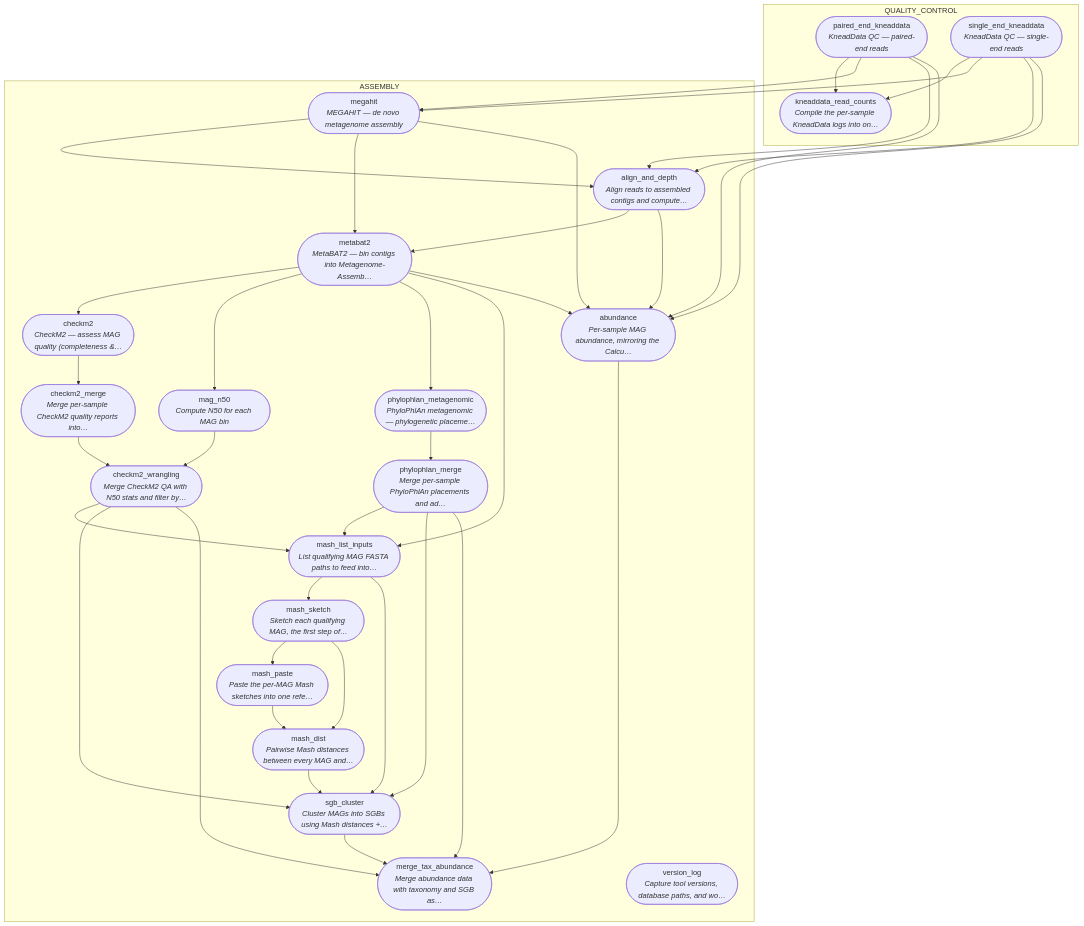
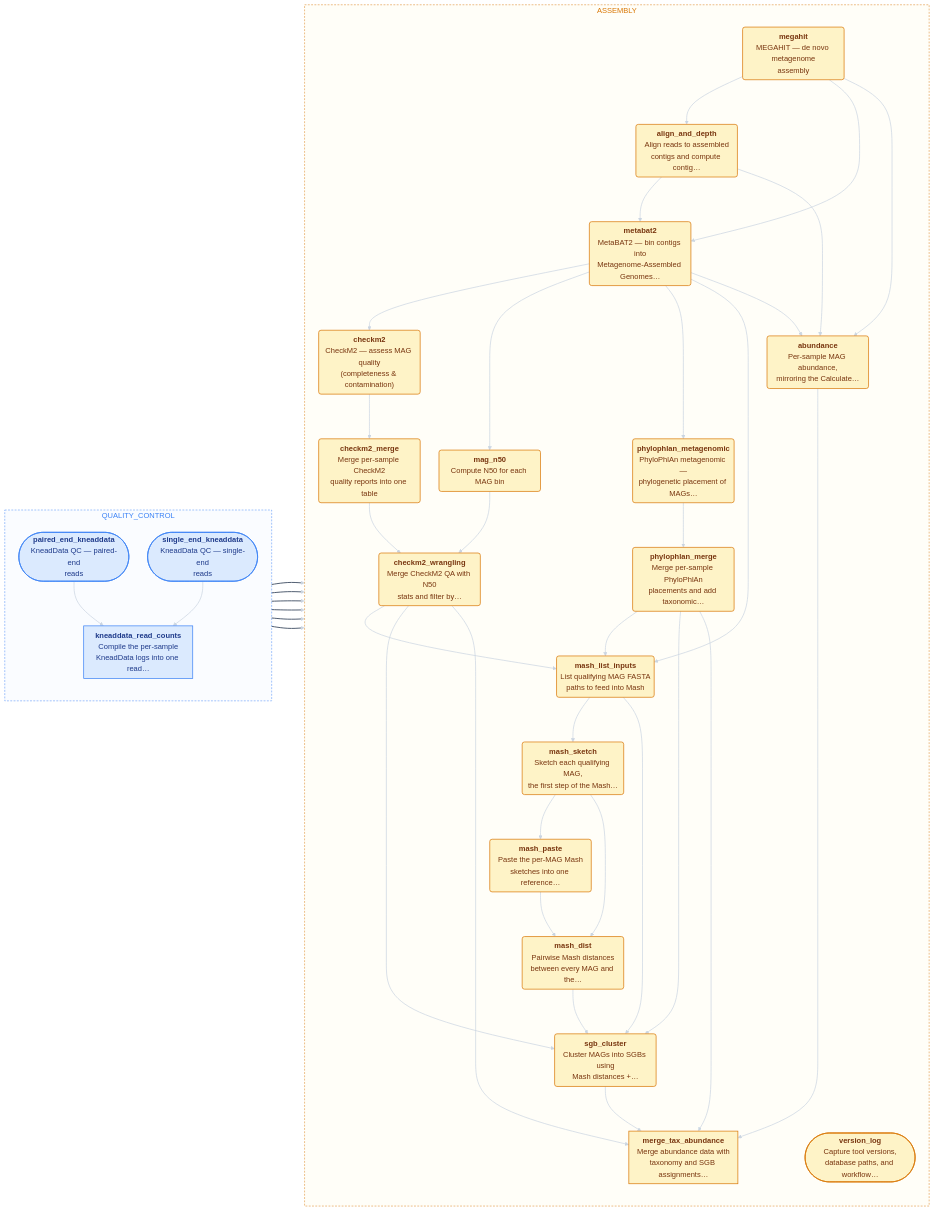
The diagram in docs/diagrams/assembly.mmd (biobakery/biobakery-nextflow), drawn with Mermaid before and after one commit. The commit also changed 10 other files, not shown here.

```diff
--- a/docs/diagrams/assembly.mmd
+++ b/docs/diagrams/assembly.mmd
@@ -1,62 +1,77 @@
-flowchart TB
+%%{init: {"flowchart": {"curve": "basis", "nodeSpacing": 40,
+                        "rankSpacing": 70, "padding": 8}}}%%
+flowchart LR
     subgraph QUALITY_CONTROL
-        v8(["paired_end_kneaddata<br/><i>KneadData QC — paired-end reads</i>"])
-        v11(["single_end_kneaddata<br/><i>KneadData QC — single-end reads</i>"])
-        v20(["kneaddata_read_counts<br/><i>Compile the per-sample KneadData logs into on…</i>"])
+        direction TB
+        paired_end_kneaddata(["<b>paired_end_kneaddata</b><br/>KneadData QC — paired-end<br/>reads"])
+        single_end_kneaddata(["<b>single_end_kneaddata</b><br/>KneadData QC — single-end<br/>reads"])
+        kneaddata_read_counts["<b>kneaddata_read_counts</b><br/>Compile the per-sample<br/>KneadData logs into one read…"]
     end
     subgraph ASSEMBLY
-        v30(["megahit<br/><i>MEGAHIT — de novo metagenome assembly</i>"])
-        v34(["align_and_depth<br/><i>Align reads to assembled contigs and compute…</i>"])
-        v38(["metabat2<br/><i>MetaBAT2 — bin contigs into Metagenome-Assemb…</i>"])
-        v40(["checkm2<br/><i>CheckM2 — assess MAG quality (completeness &…</i>"])
-        v43(["mag_n50<br/><i>Compute N50 for each MAG bin</i>"])
-        v46(["checkm2_merge<br/><i>Merge per-sample CheckM2 quality reports into…</i>"])
-        v47(["checkm2_wrangling<br/><i>Merge CheckM2 QA with N50 stats and filter by…</i>"])
-        v48(["phylophlan_metagenomic<br/><i>PhyloPhlAn metagenomic — phylogenetic placeme…</i>"])
-        v51(["phylophlan_merge<br/><i>Merge per-sample PhyloPhlAn placements and ad…</i>"])
-        v55(["mash_list_inputs<br/><i>List qualifying MAG FASTA paths to feed into…</i>"])
-        v56(["mash_sketch<br/><i>Sketch each qualifying MAG, the first step of…</i>"])
-        v57(["mash_paste<br/><i>Paste the per-MAG Mash sketches into one refe…</i>"])
-        v58(["mash_dist<br/><i>Pairwise Mash distances between every MAG and…</i>"])
-        v59(["sgb_cluster<br/><i>Cluster MAGs into SGBs using Mash distances +…</i>"])
-        v61(["abundance<br/><i>Per-sample MAG abundance, mirroring the Calcu…</i>"])
-        v66(["merge_tax_abundance<br/><i>Merge abundance data with taxonomy and SGB as…</i>"])
-        v68(["version_log<br/><i>Capture tool versions, database paths, and wo…</i>"])
+        direction TB
+        megahit("<b>megahit</b><br/>MEGAHIT — de novo metagenome<br/>assembly")
+        align_and_depth("<b>align_and_depth</b><br/>Align reads to assembled<br/>contigs and compute contig…")
+        metabat2("<b>metabat2</b><br/>MetaBAT2 — bin contigs into<br/>Metagenome-Assembled Genomes…")
+        checkm2("<b>checkm2</b><br/>CheckM2 — assess MAG quality<br/>(completeness & contamination)")
+        mag_n50("<b>mag_n50</b><br/>Compute N50 for each MAG bin")
+        checkm2_merge("<b>checkm2_merge</b><br/>Merge per-sample CheckM2<br/>quality reports into one table")
+        checkm2_wrangling("<b>checkm2_wrangling</b><br/>Merge CheckM2 QA with N50<br/>stats and filter by…")
+        phylophlan_metagenomic("<b>phylophlan_metagenomic</b><br/>PhyloPhlAn metagenomic —<br/>phylogenetic placement of MAGs…")
+        phylophlan_merge("<b>phylophlan_merge</b><br/>Merge per-sample PhyloPhlAn<br/>placements and add taxonomic…")
+        mash_list_inputs("<b>mash_list_inputs</b><br/>List qualifying MAG FASTA<br/>paths to feed into Mash")
+        mash_sketch("<b>mash_sketch</b><br/>Sketch each qualifying MAG,<br/>the first step of the Mash…")
+        mash_paste("<b>mash_paste</b><br/>Paste the per-MAG Mash<br/>sketches into one reference…")
+        mash_dist("<b>mash_dist</b><br/>Pairwise Mash distances<br/>between every MAG and the…")
+        sgb_cluster("<b>sgb_cluster</b><br/>Cluster MAGs into SGBs using<br/>Mash distances +…")
+        abundance("<b>abundance</b><br/>Per-sample MAG abundance,<br/>mirroring the Calculate…")
+        merge_tax_abundance["<b>merge_tax_abundance</b><br/>Merge abundance data with<br/>taxonomy and SGB assignments…"]
+        version_log(["<b>version_log</b><br/>Capture tool versions,<br/>database paths, and workflow…"])
     end
 
-    v8 --> v20
-    v8 --> v30
-    v8 --> v34
-    v8 --> v61
-    v11 --> v20
-    v11 --> v30
-    v11 --> v34
-    v11 --> v61
-    v30 --> v34
-    v30 --> v38
-    v30 --> v61
-    v34 --> v38
-    v34 --> v61
-    v38 --> v40
-    v38 --> v43
-    v38 --> v48
-    v38 --> v55
-    v38 --> v61
-    v40 --> v46
-    v43 --> v47
-    v46 --> v47
-    v47 --> v55
-    v47 --> v59
-    v47 --> v66
-    v48 --> v51
-    v51 --> v55
-    v51 --> v59
-    v51 --> v66
-    v55 --> v56
-    v55 --> v59
-    v56 --> v57
-    v56 --> v58
-    v57 --> v58
-    v58 --> v59
-    v59 --> v66
-    v61 --> v66
+    paired_end_kneaddata --> kneaddata_read_counts
+    paired_end_kneaddata --> megahit
+    paired_end_kneaddata --> align_and_depth
+    paired_end_kneaddata --> abundance
+    single_end_kneaddata --> kneaddata_read_counts
+    single_end_kneaddata --> megahit
+    single_end_kneaddata --> align_and_depth
+    single_end_kneaddata --> abundance
+    megahit --> align_and_depth
+    megahit --> metabat2
+    megahit --> abundance
+    align_and_depth --> metabat2
+    align_and_depth --> abundance
+    metabat2 --> checkm2
+    metabat2 --> mag_n50
+    metabat2 --> phylophlan_metagenomic
+    metabat2 --> mash_list_inputs
+    metabat2 --> abundance
+    checkm2 --> checkm2_merge
+    mag_n50 --> checkm2_wrangling
+    checkm2_merge --> checkm2_wrangling
+    checkm2_wrangling --> mash_list_inputs
+    checkm2_wrangling --> sgb_cluster
+    checkm2_wrangling --> merge_tax_abundance
+    phylophlan_metagenomic --> phylophlan_merge
+    phylophlan_merge --> mash_list_inputs
+    phylophlan_merge --> sgb_cluster
+    phylophlan_merge --> merge_tax_abundance
+    mash_list_inputs --> mash_sketch
+    mash_list_inputs --> sgb_cluster
+    mash_sketch --> mash_paste
+    mash_sketch --> mash_dist
+    mash_paste --> mash_dist
+    mash_dist --> sgb_cluster
+    sgb_cluster --> merge_tax_abundance
+    abundance --> merge_tax_abundance
+
+    style QUALITY_CONTROL fill:#dbeafe22,stroke:#3b82f6,stroke-width:1px,stroke-dasharray:4 3,color:#3b82f6
+    style ASSEMBLY fill:#fef3c722,stroke:#d97706,stroke-width:1px,stroke-dasharray:4 3,color:#d97706
+
+    classDef stage0 fill:#dbeafe,stroke:#3b82f6,stroke-width:1.5px,color:#1e3a8a
+    class paired_end_kneaddata,single_end_kneaddata,kneaddata_read_counts stage0
+    classDef stage1 fill:#fef3c7,stroke:#d97706,stroke-width:1.5px,color:#78350f
+    class megahit,align_and_depth,metabat2,checkm2,mag_n50,checkm2_merge,checkm2_wrangling,phylophlan_metagenomic,phylophlan_merge,mash_list_inputs,mash_sketch,mash_paste,mash_dist,sgb_cluster,abundance,merge_tax_abundance,version_log stage1
+
+    linkStyle default stroke:#cbd5e1,stroke-width:1.5px
+    linkStyle 1,2,3,5,6,7 stroke:#475569,stroke-width:2px
```
